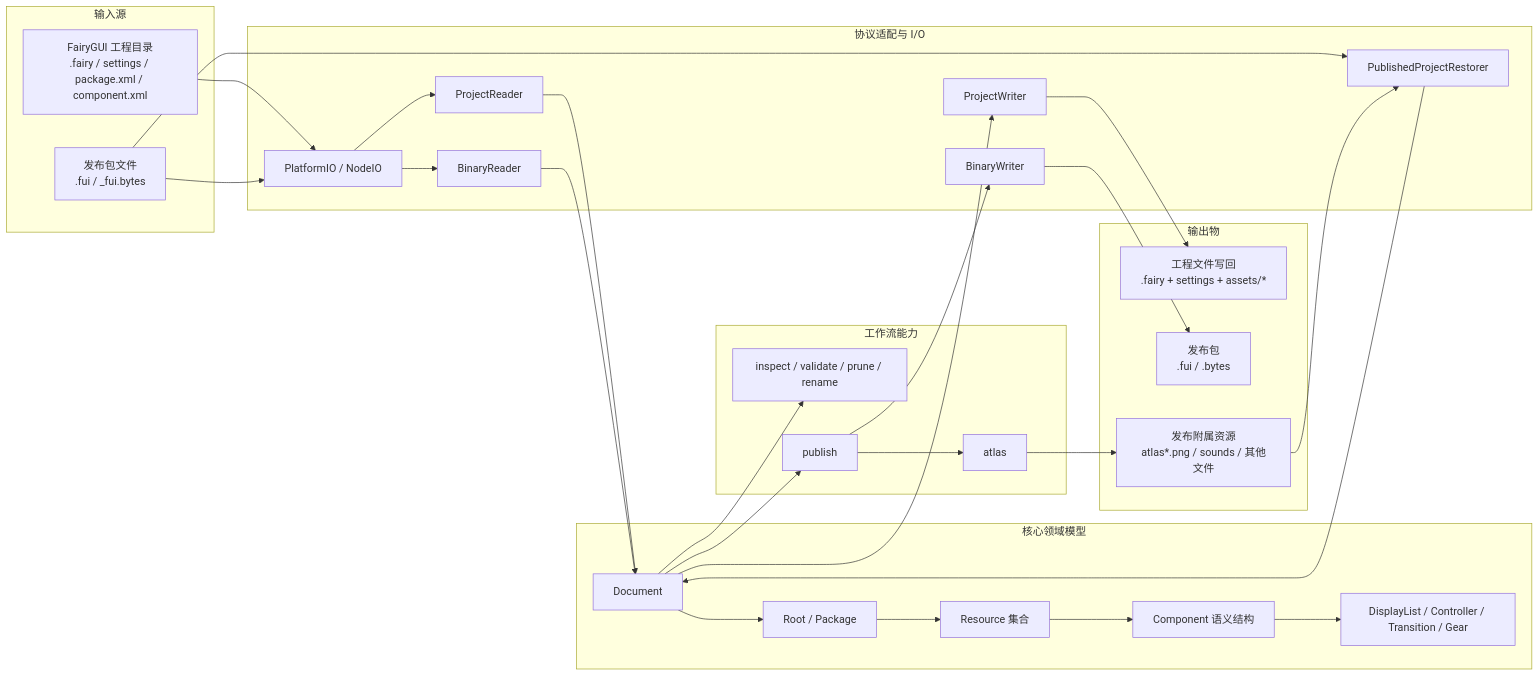
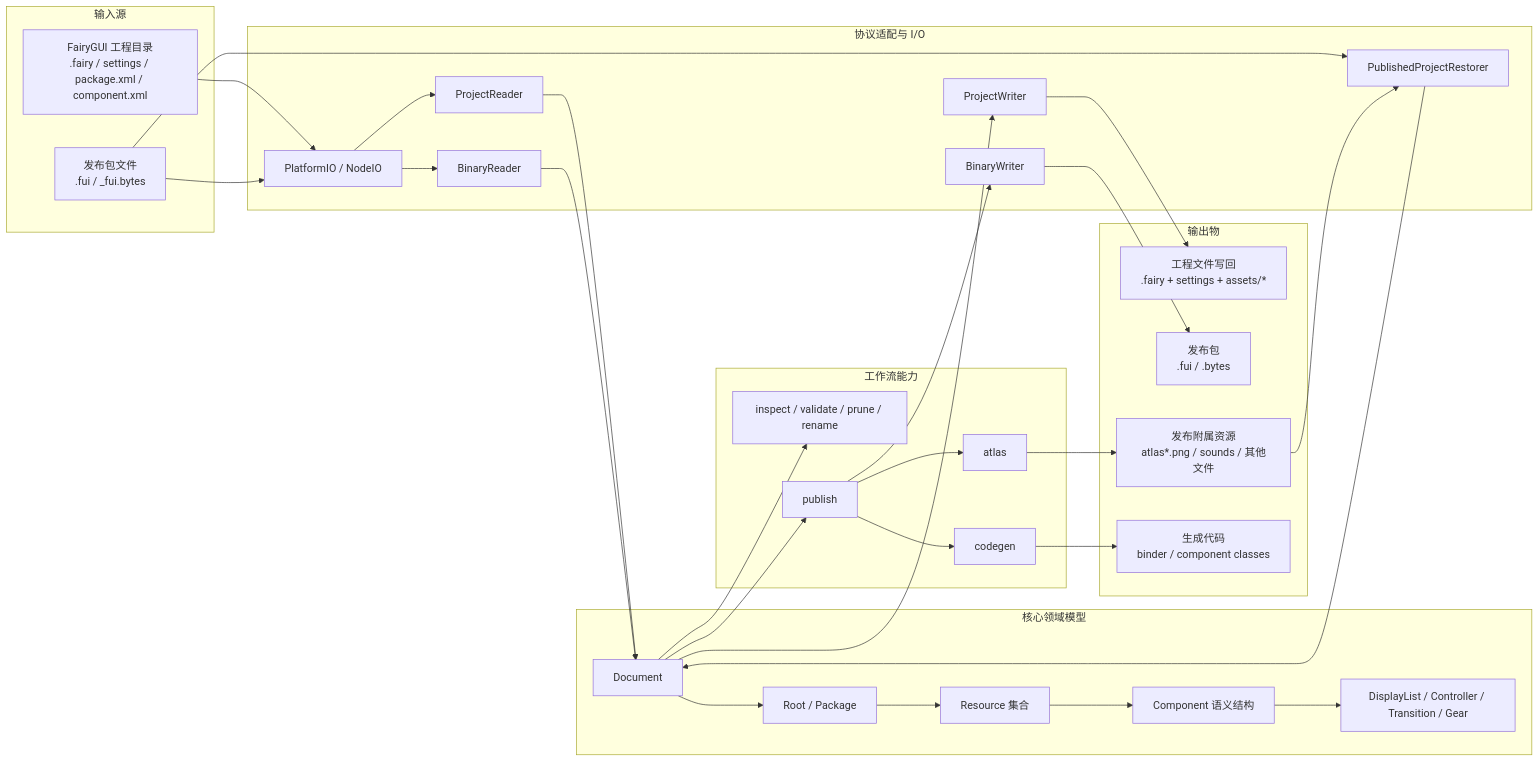
One commit to OpenFairyGUI/OpenFairyGUI changed the first of 2 diagrams in docs/architecture-overview.md. Above: the diagram before and after it, drawn with Mermaid. The commit also changed other lines of this file and 13 other files, not shown here.

````diff
--- a/docs/architecture-overview.md
+++ b/docs/architecture-overview.md
@@ -8,53 +8,57 @@
 ```mermaid
 flowchart LR
     subgraph IN["输入源"]
         PROJ["FairyGUI 工程目录<br/>.fairy / settings / package.xml / component.xml"]
         PACK["发布包文件<br/>.fui / _fui.bytes"]
     end
 
     subgraph IO["协议适配与 I/O"]
         FS["PlatformIO / NodeIO"]
         PR["ProjectReader"]
         BR["BinaryReader"]
         RST["PublishedProjectRestorer"]
         PW["ProjectWriter"]
         BW["BinaryWriter"]
     end
 
     subgraph DOMAIN["核心领域模型"]
         DOC["Document"]
         ROOT["Root / Package"]
         RES["Resource 集合"]
         COMP["Component 语义结构"]
         UI["DisplayList / Controller / Transition / Gear"]
     end
 
     subgraph WF["工作流能力"]
         OPS["inspect / validate / prune / rename"]
         PUB["publish"]
         ATLAS["atlas"]
+        CG["codegen"]
     end
 
     subgraph OUT["输出物"]
         PROJOUT["工程文件写回<br/>.fairy + settings + assets/*"]
         BIN["发布包<br/>.fui / .bytes"]
         ART["发布附属资源<br/>atlas*.png / sounds / 其他文件"]
+        CODEOUT["生成代码<br/>binder / component classes"]
     end
 
     PROJ --> FS --> PR --> DOC
     PACK --> FS --> BR --> DOC
     PACK --> RST
     ART --> RST
     RST --> DOC
 
     DOC --> ROOT --> RES --> COMP --> UI
     DOC --> OPS
     DOC --> PUB
     PUB --> ATLAS
     PUB --> BW
+    PUB --> CG
 
     DOC --> PW
     PW --> PROJOUT
     BW --> BIN
     ATLAS --> ART
+    CG --> CODEOUT
 ```
````
